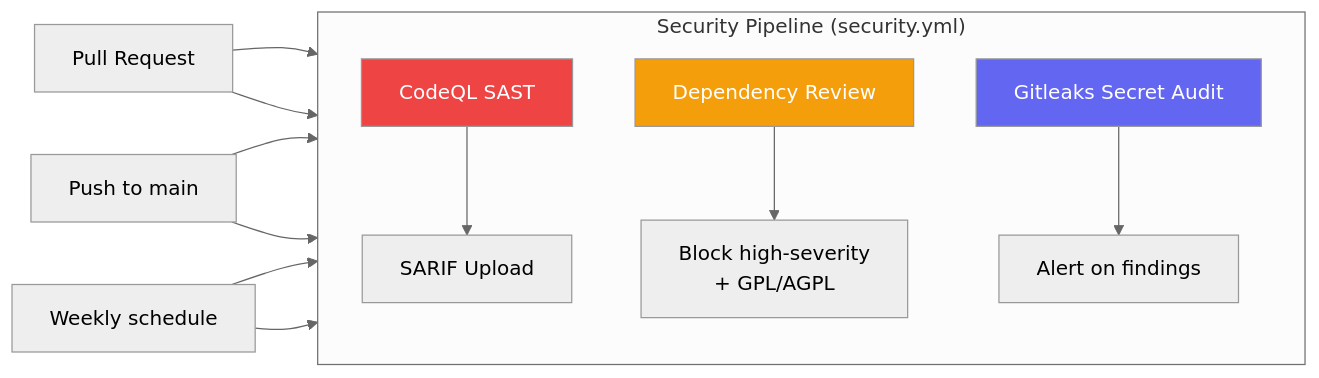
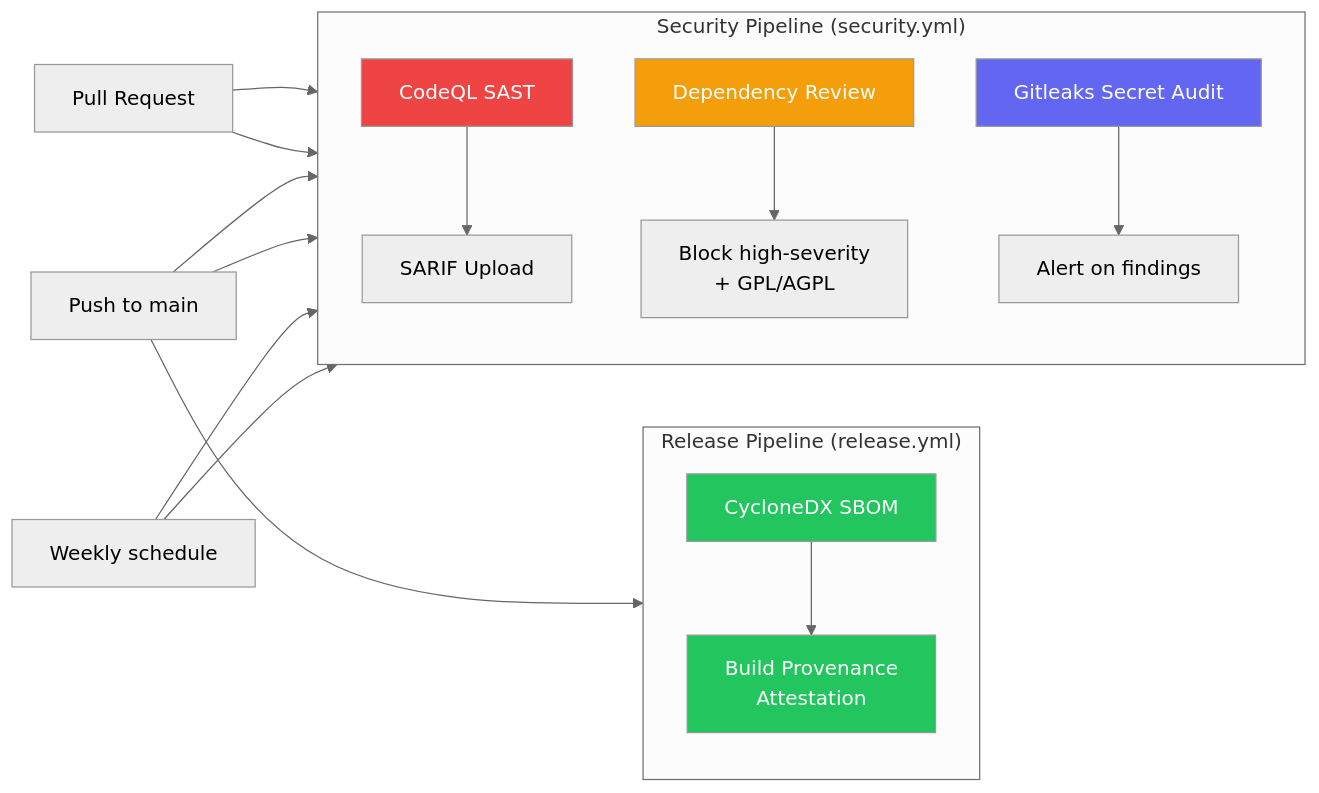
The fourth of 10 diagrams in docs/product-roadmap/README.md (jbejenar/ripple-next), drawn with Mermaid (neutral theme) before and after one commit. The commit also changed other lines of this file and 9 other files, not shown here.

First line of the commit message:
feat: CI observability, SBOM provenance, and reusable composite actions

````diff
--- a/docs/product-roadmap/README.md
+++ b/docs/product-roadmap/README.md
@@ -203,19 +204,26 @@
 ```mermaid
 graph LR
     subgraph "Security Pipeline (security.yml)"
         direction TB
         CQL[CodeQL SAST] --> SARIF[SARIF Upload]
         DEP[Dependency Review] --> BLOCK["Block high-severity<br/>+ GPL/AGPL"]
         SEC[Gitleaks Secret Audit] --> ALERT[Alert on findings]
     end
+    subgraph "Release Pipeline (release.yml)"
+        direction TB
+        SBOM[CycloneDX SBOM] --> ATTEST[Build Provenance<br/>Attestation]
+    end
     PR[Pull Request] --> CQL
     PR --> DEP
     PUSH[Push to main] --> CQL
     PUSH --> SEC
+    PUSH --> SBOM
     CRON["Weekly schedule"] --> CQL
     CRON --> SEC
 
     style CQL fill:#ef4444,color:#fff
     style DEP fill:#f59e0b,color:#fff
     style SEC fill:#6366f1,color:#fff
+    style SBOM fill:#22c55e,color:#fff
+    style ATTEST fill:#22c55e,color:#fff
 ```
````
